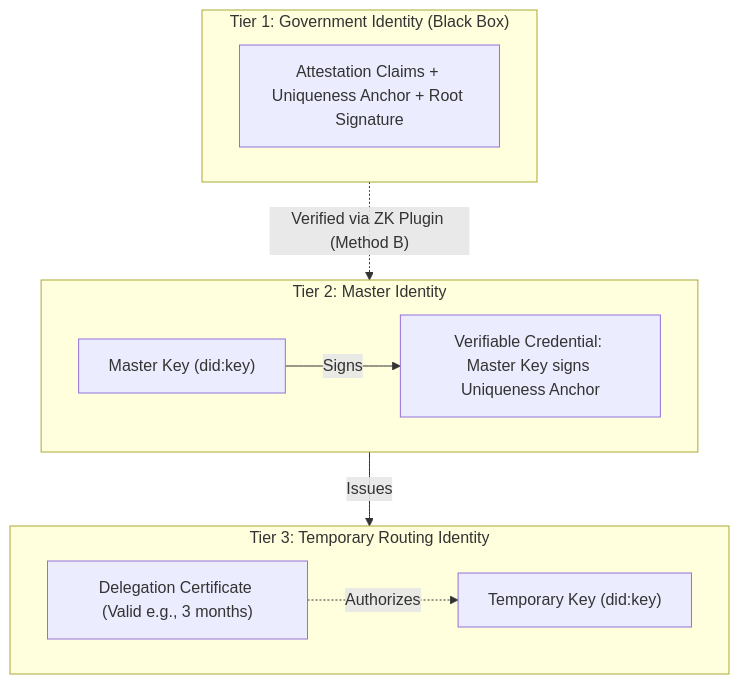
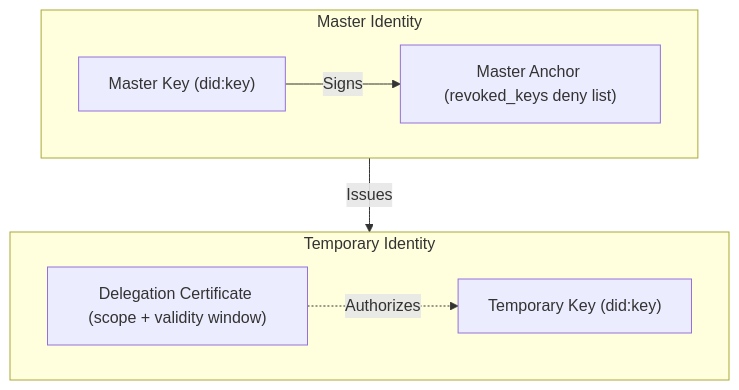
One commit to syneroym/syneroym changed the ninth of 23 diagrams in docs/system-architecture.md. Above: the diagram before and after it, drawn with Mermaid. The commit also changed other lines of this file and 15 other files, not shown here.

First line of the commit message:
docs(architecture): apply audit fixes (#293)

````diff
--- a/docs/system-architecture.md
+++ b/docs/system-architecture.md
@@ -479,24 +721,17 @@
 ```mermaid
 flowchart TD
-    subgraph TIER1["Tier 1: Government Identity (Black Box)"]
+    subgraph TIER_MASTER["Master Identity"]
         direction LR
-        ID_DATA["Attestation Claims + Uniqueness Anchor + Root Signature"]
+        MASTER["Master Key (did:key)"]
+        ANCHOR["Master Anchor (revoked_keys deny list)"]
+        MASTER -->|Signs| ANCHOR
     end
 
-    subgraph TIER2["Tier 2: Master Identity"]
-        direction LR
-        MASTER["Master Key (did:key)"]
-        VC_BOND["Verifiable Credential: Master Key signs Uniqueness Anchor"]
-        MASTER -->|Signs| VC_BOND
-    end
-    
-    subgraph TIER3["Tier 3: Temporary Routing Identity"]
+    subgraph TIER_TEMP["Temporary Identity"]
         direction LR
         TEMP["Temporary Key (did:key)"]
-        DEL_CERT["Delegation Certificate (Valid e.g., 3 months)"]
+        DEL_CERT["Delegation Certificate (scope + validity window)"]
         MASTER -->|Issues| DEL_CERT
         DEL_CERT -.->|Authorizes| TEMP
     end
-    
-    TIER1 -.->|"Verified via ZK Plugin (Method B)"| VC_BOND
 ```
````
